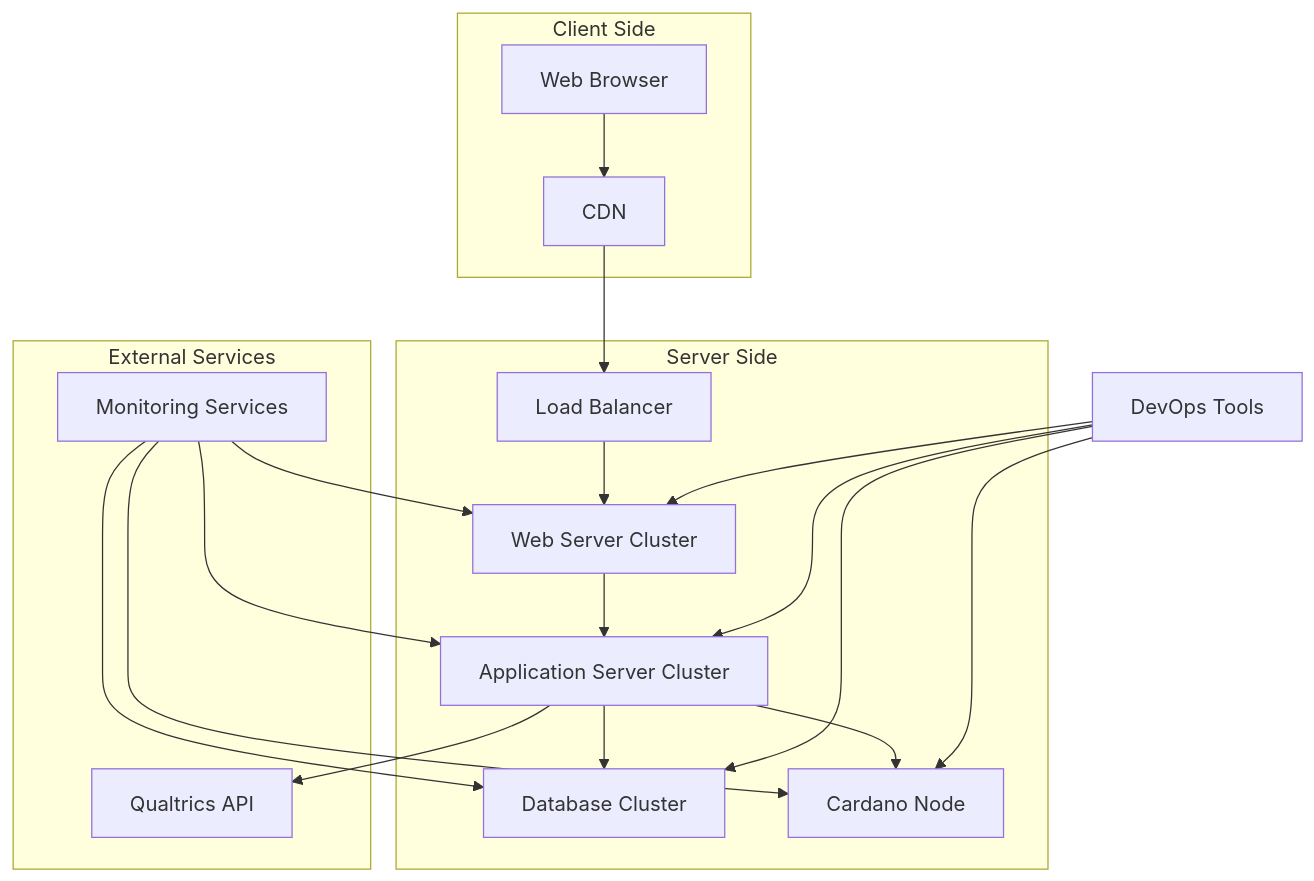
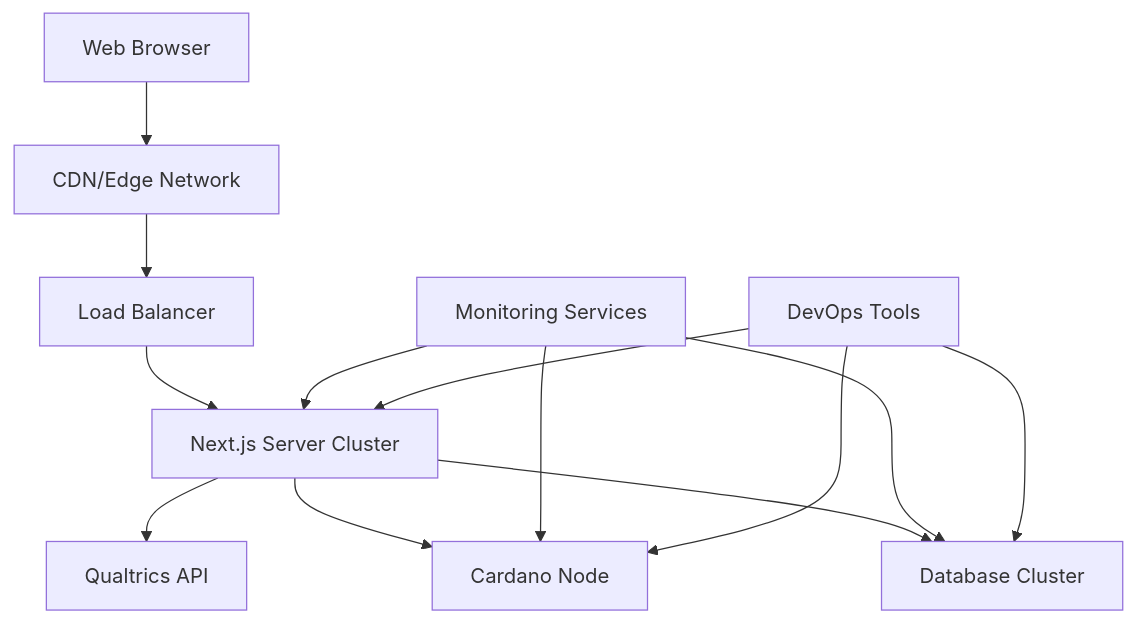
One commit to Qualdano/qualdano-architecture changed the diagram in diagrams/deployment-architecture.mermaid. Above: the diagram before and after it, drawn with Mermaid. The commit also changed 1 other file, not shown here.

Commit message:
updated deployment architecture

```diff
--- a/diagrams/deployment-architecture.mermaid
+++ b/diagrams/deployment-architecture.mermaid
@@ -1,22 +1,13 @@
 graph TD
-    subgraph "Client Side"
-        A[Web Browser] --> B[CDN]
-    end
-    subgraph "Server Side"
-        B --> C[Load Balancer]
-        C --> D[Web Server Cluster]
-        D --> E[Application Server Cluster]
-        E --> F[Database Cluster]
-        E --> G[Cardano Node]
-    end
-    subgraph "External Services"
-        E --> H[Qualtrics API]
-        I[Monitoring Services] --> D
-        I --> E
-        I --> F
-        I --> G
-    end
-    J[DevOps Tools] --> D
-    J --> E
-    J --> F
-    J --> G
+    A[Web Browser] --> B[CDN/Edge Network]
+    B --> C[Load Balancer]
+    C --> D[Next.js Server Cluster]
+    D --> E[Database Cluster]
+    D --> F[Cardano Node]
+    D --> G[Qualtrics API]
+    H[Monitoring Services] --> D
+    H --> E
+    H --> F
+    I[DevOps Tools] --> D
+    I --> E
+    I --> F
```
